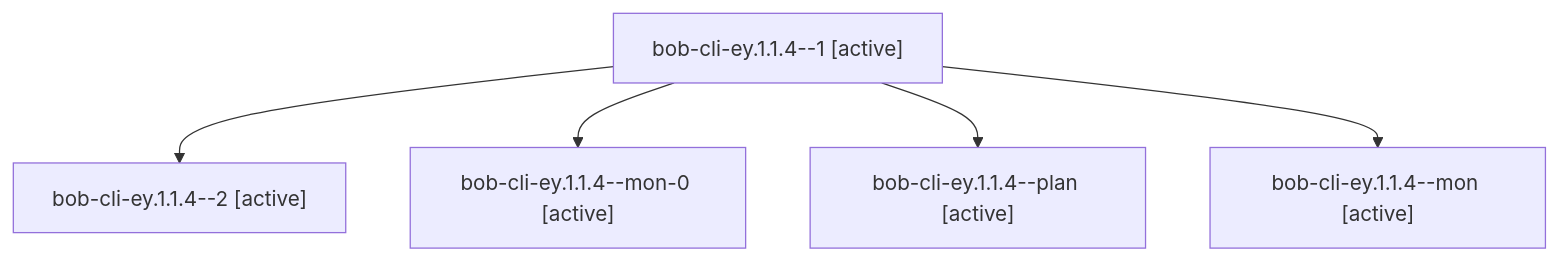
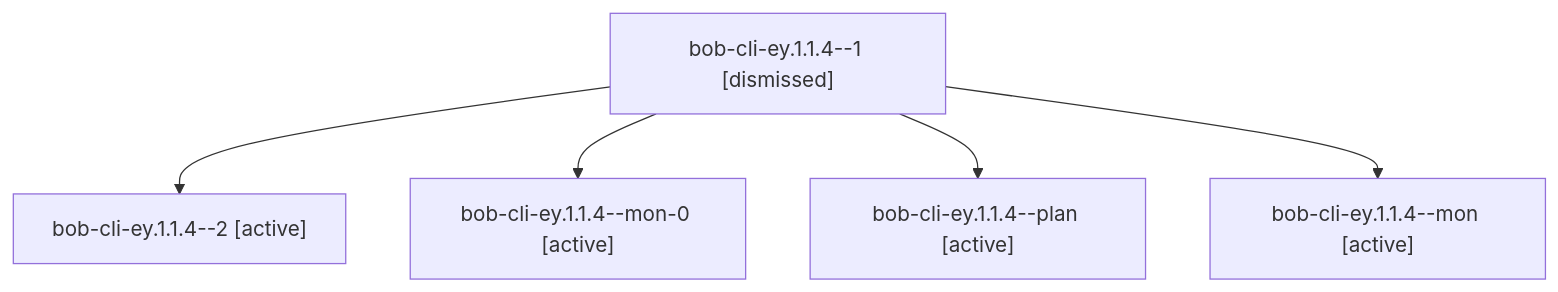
Before and after one commit to bobs-org/bob-cli--agents: the diagram in sessions/bbugyi200.apollo.bob-cli-ey.1.1.4.md, drawn with Mermaid. The commit also changed other lines of this file and 310 other files, not shown here.

````diff
--- a/sessions/bbugyi200.apollo.bob-cli-ey.1.1.4.md
+++ b/sessions/bbugyi200.apollo.bob-cli-ey.1.1.4.md
@@ -9,12 +9,12 @@
 ```mermaid
 flowchart TD
-  n0["bob-cli-ey.1.1.4--1 [active]"]
+  n0["bob-cli-ey.1.1.4--1 [dismissed]"]
   n1["bob-cli-ey.1.1.4--2 [active]"]
   n0 --> n1
   n2["bob-cli-ey.1.1.4--mon-0 [active]"]
   n0 --> n2
   n3["bob-cli-ey.1.1.4--plan [active]"]
   n0 --> n3
   n4["bob-cli-ey.1.1.4--mon [active]"]
   n0 --> n4
 ```
````
